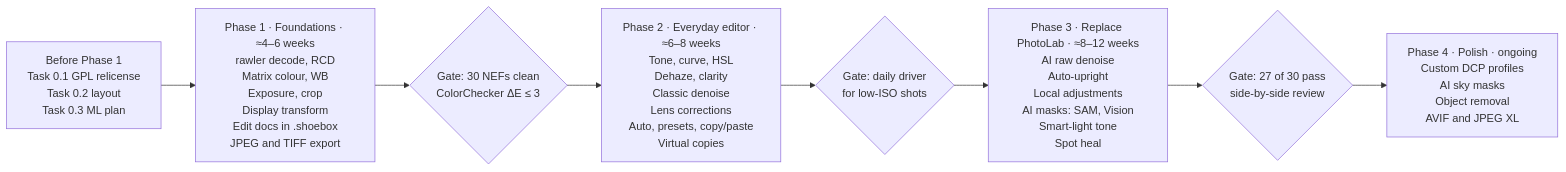
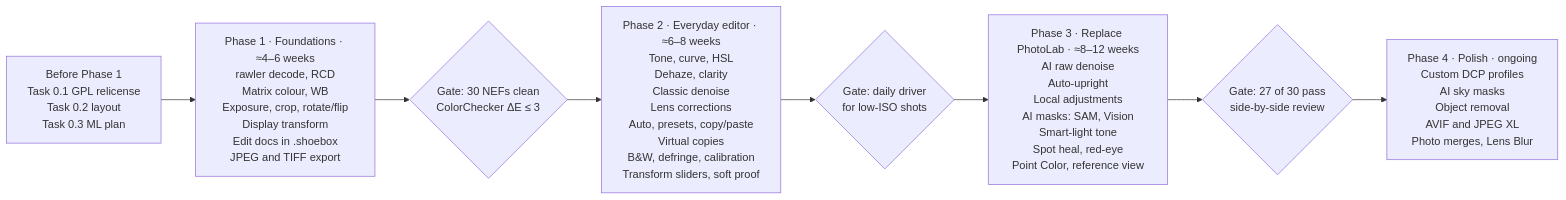
Before and after one commit to PinkOctopusLabs/shoebox: the second of 2 diagrams in docs/EDITING-SPEC.md, drawn with Mermaid. The commit also changed other lines of this file, not shown here.

First line of the commit message:
EDITING-SPEC: tools Lightroom and darktable have beyond PhotoLab's set

````diff
--- a/docs/EDITING-SPEC.md
+++ b/docs/EDITING-SPEC.md
@@ -502,8 +531,8 @@
 ```mermaid
 flowchart LR
   P0["Before Phase 1<br/>Task 0.1 GPL relicense<br/>Task 0.2 layout<br/>Task 0.3 ML plan"] --> P1
-  P1["Phase 1 · Foundations · ≈4–6 weeks<br/>rawler decode, RCD<br/>Matrix colour, WB<br/>Exposure, crop<br/>Display transform<br/>Edit docs in .shoebox<br/>JPEG and TIFF export"] --> G1{"Gate: 30 NEFs clean<br/>ColorChecker ΔE ≤ 3"}
-  G1 --> P2["Phase 2 · Everyday editor · ≈6–8 weeks<br/>Tone, curve, HSL<br/>Dehaze, clarity<br/>Classic denoise<br/>Lens corrections<br/>Auto, presets, copy/paste<br/>Virtual copies"] --> G2{"Gate: daily driver<br/>for low-ISO shots"}
-  G2 --> P3["Phase 3 · Replace PhotoLab · ≈8–12 weeks<br/>AI raw denoise<br/>Auto-upright<br/>Local adjustments<br/>AI masks: SAM, Vision<br/>Smart-light tone<br/>Spot heal"] --> G3{"Gate: 27 of 30 pass<br/>side-by-side review"}
-  G3 --> P4["Phase 4 · Polish · ongoing<br/>Custom DCP profiles<br/>AI sky masks<br/>Object removal<br/>AVIF and JPEG XL"]
+  P1["Phase 1 · Foundations · ≈4–6 weeks<br/>rawler decode, RCD<br/>Matrix colour, WB<br/>Exposure, crop, rotate/flip<br/>Display transform<br/>Edit docs in .shoebox<br/>JPEG and TIFF export"] --> G1{"Gate: 30 NEFs clean<br/>ColorChecker ΔE ≤ 3"}
+  G1 --> P2["Phase 2 · Everyday editor · ≈6–8 weeks<br/>Tone, curve, HSL<br/>Dehaze, clarity<br/>Classic denoise<br/>Lens corrections<br/>Auto, presets, copy/paste<br/>Virtual copies<br/>B&W, defringe, calibration<br/>Transform sliders, soft proof"] --> G2{"Gate: daily driver<br/>for low-ISO shots"}
+  G2 --> P3["Phase 3 · Replace PhotoLab · ≈8–12 weeks<br/>AI raw denoise<br/>Auto-upright<br/>Local adjustments<br/>AI masks: SAM, Vision<br/>Smart-light tone<br/>Spot heal, red-eye<br/>Point Color, reference view"] --> G3{"Gate: 27 of 30 pass<br/>side-by-side review"}
+  G3 --> P4["Phase 4 · Polish · ongoing<br/>Custom DCP profiles<br/>AI sky masks<br/>Object removal<br/>AVIF and JPEG XL<br/>Photo merges, Lens Blur"]
 ```
````
